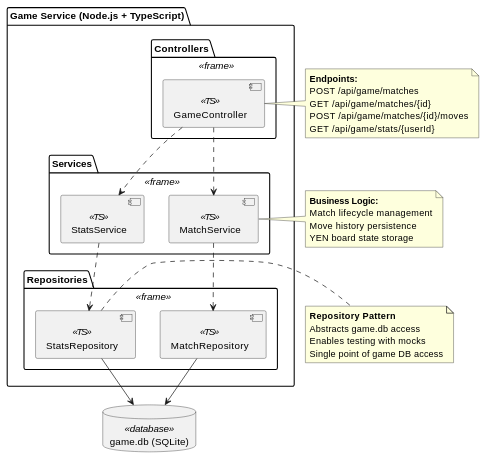
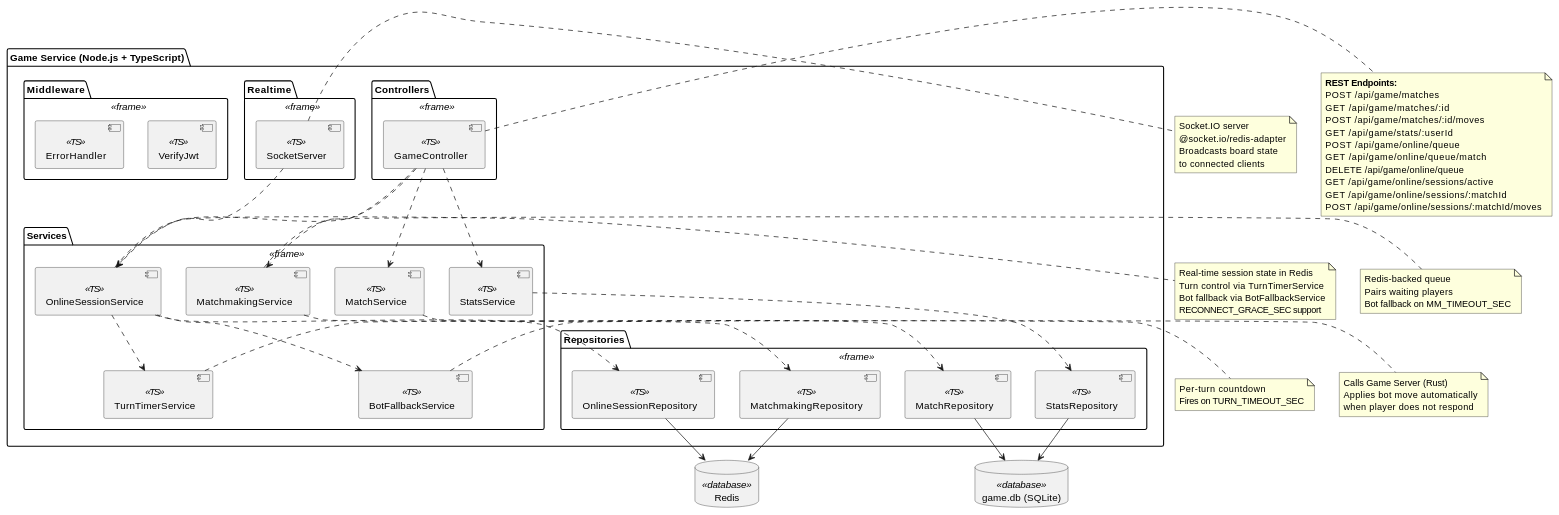
The fourth of 5 diagrams in docs/src/05_building_block_view.adoc (Arquisoft/yovi_es1c), drawn with PlantUML before and after one commit. The commit also changed other lines of this file and 7 other files, not shown here.

```diff
--- a/docs/src/05_building_block_view.adoc
+++ b/docs/src/05_building_block_view.adoc
@@ -345,43 +382,95 @@
   package "Services" <<frame>> {
     component [MatchService] <<TS>>
     component [StatsService] <<TS>>
+    component [MatchmakingService] <<TS>>
+    component [OnlineSessionService] <<TS>>
+    component [TurnTimerService] <<TS>>
+    component [BotFallbackService] <<TS>>
   }
 
   package "Repositories" <<frame>> {
     component [MatchRepository] <<TS>>
     component [StatsRepository] <<TS>>
+    component [MatchmakingRepository] <<TS>>
+    component [OnlineSessionRepository] <<TS>>
+  }
+
+  package "Realtime" <<frame>> {
+    component [SocketServer] <<TS>>
+  }
+
+  package "Middleware" <<frame>> {
+    component [VerifyJwt] <<TS>>
+    component [ErrorHandler] <<TS>>
   }
 }
 
 database "game.db (SQLite)" as gamedb <<database>>
+database "Redis" as redis <<database>>
 
 [GameController] ..> [MatchService]
 [GameController] ..> [StatsService]
+[GameController] ..> [MatchmakingService]
+[GameController] ..> [OnlineSessionService]
+
+[OnlineSessionService] ..> [TurnTimerService]
+[OnlineSessionService] ..> [BotFallbackService]
+
 [MatchService] ..> [MatchRepository]
 [StatsService] ..> [StatsRepository]
+[MatchmakingService] ..> [MatchmakingRepository]
+[OnlineSessionService] ..> [OnlineSessionRepository]
+
 [MatchRepository] --> gamedb
 [StatsRepository] --> gamedb
+[MatchmakingRepository] --> redis
+[OnlineSessionRepository] --> redis
+
+[SocketServer] ..> [OnlineSessionService]
 
 note right of [GameController]
-  **Endpoints:**
-  POST /api/game/matches
-  GET /api/game/matches/{id}
-  POST /api/game/matches/{id}/moves
-  GET /api/game/stats/{userId}
+  **REST Endpoints:**
+  POST   /api/game/matches
+  GET    /api/game/matches/:id
+  POST   /api/game/matches/:id/moves
+  GET    /api/game/stats/:userId
+  POST   /api/game/online/queue
+  GET    /api/game/online/queue/match
+  DELETE /api/game/online/queue
+  GET    /api/game/online/sessions/active
+  GET    /api/game/online/sessions/:matchId
+  POST   /api/game/online/sessions/:matchId/moves
 end note
 
-note right of [MatchService]
-  **Business Logic:**
-  Match lifecycle management
-  Move history persistence
-  YEN board state storage
+note right of [MatchmakingService]
+  Redis-backed queue
+  Pairs waiting players
+  Bot fallback on MM_TIMEOUT_SEC
 end note
 
-note right of [StatsRepository]
-  **Repository Pattern**
-  Abstracts game.db access
-  Enables testing with mocks
-  Single point of game DB access
+note right of [OnlineSessionService]
+  Real-time session state in Redis
+  Turn control via TurnTimerService
+  Bot fallback via BotFallbackService
+  RECONNECT_GRACE_SEC support
+end note
+
+note right of [SocketServer]
+  Socket.IO server
+  @socket.io/redis-adapter
+  Broadcasts board state
+  to connected clients
+end note
+
+note right of [TurnTimerService]
+  Per-turn countdown
+  Fires on TURN_TIMEOUT_SEC
+end note
+
+note right of [BotFallbackService]
+  Calls Game Server (Rust)
+  Applies bot move automatically
+  when player does not respond
 end note
 
 @enduml
```
